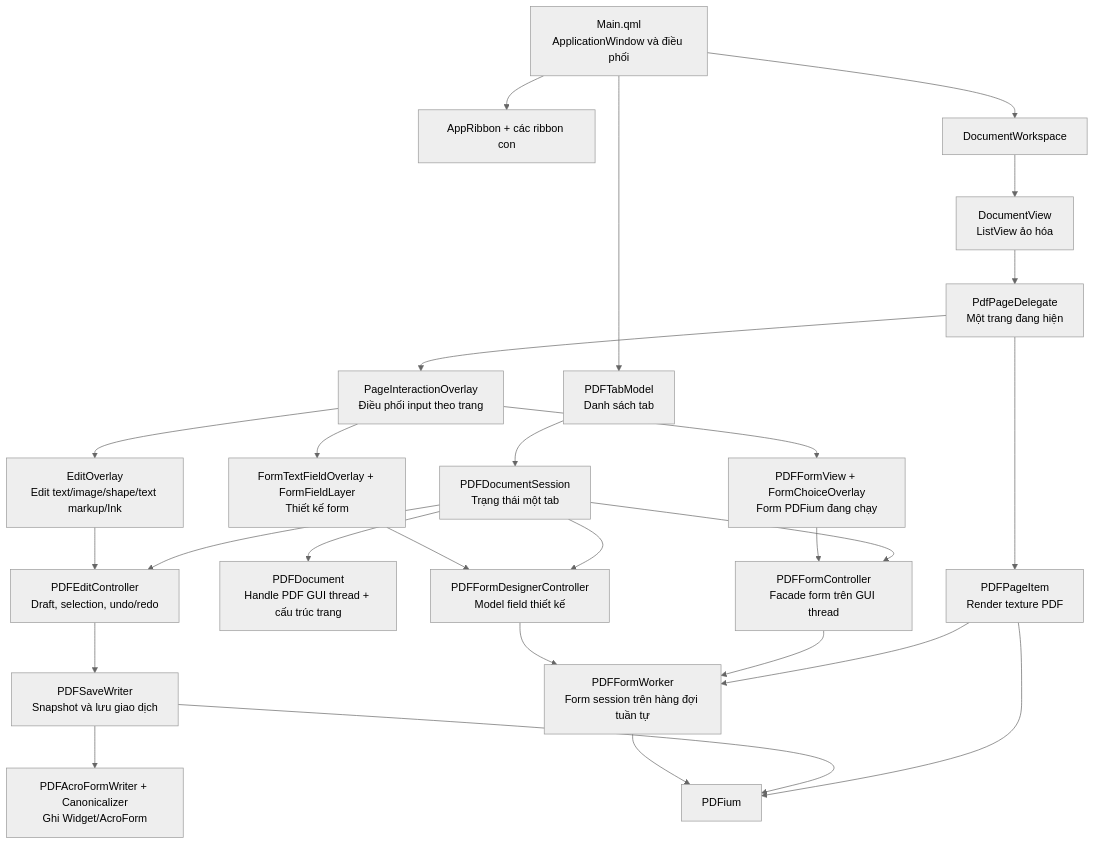
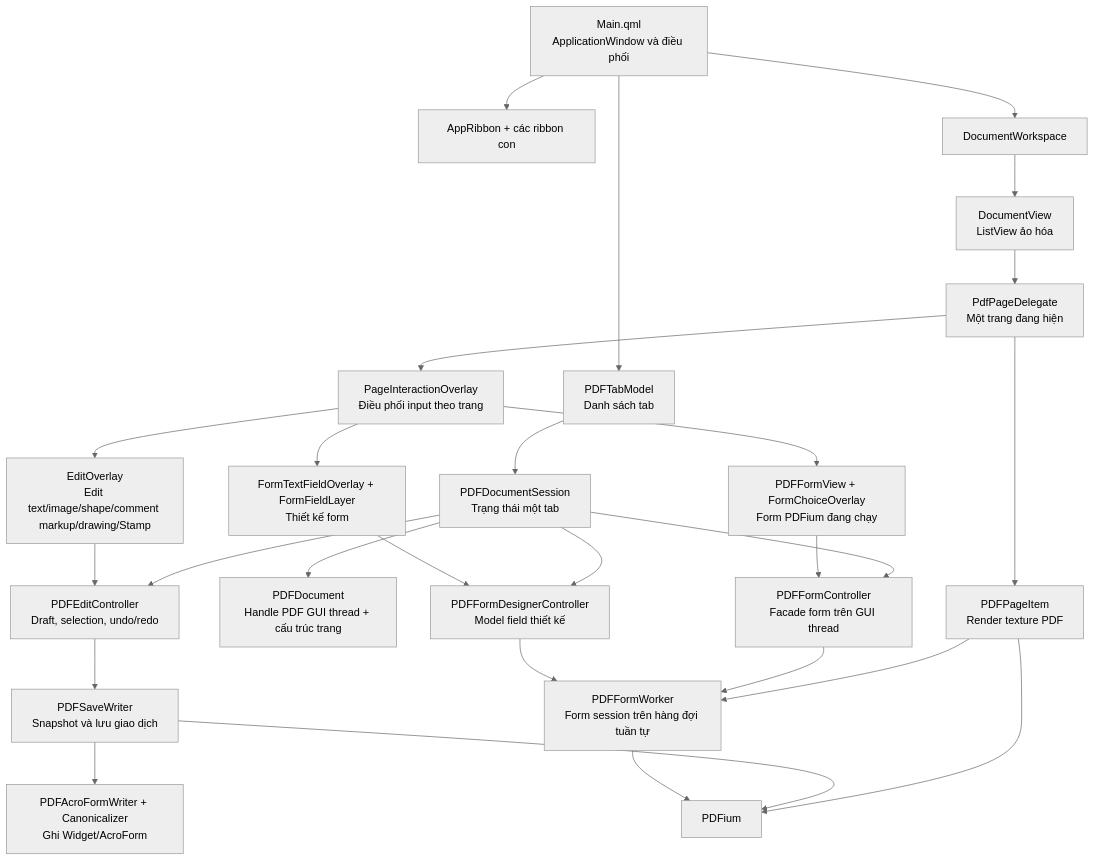
One commit to RaymondHuy/TrePDF changed the diagram in docs/source-file-map.md. Above: the diagram before and after it, drawn with Mermaid (neutral theme). The commit also changed other lines of this file and 11 other files, not shown here.

````diff
--- a/docs/source-file-map.md
+++ b/docs/source-file-map.md
@@ -25,50 +25,50 @@
 ```mermaid
 flowchart TD
     Main["Main.qml\nApplicationWindow và điều phối"]
     Ribbon["AppRibbon + các ribbon con"]
     Tabs["PDFTabModel\nDanh sách tab"]
     Session["PDFDocumentSession\nTrạng thái một tab"]
     Workspace["DocumentWorkspace"]
     View["DocumentView\nListView ảo hóa"]
     Delegate["PdfPageDelegate\nMột trang đang hiện"]
     PageItem["PDFPageItem\nRender texture PDF"]
     Interaction["PageInteractionOverlay\nĐiều phối input theo trang"]
-    EditOverlay["EditOverlay\nEdit text/image/shape/text markup/Ink"]
+    EditOverlay["EditOverlay\nEdit text/image/shape/comment markup/drawing/Stamp"]
     FormView["PDFFormView + FormChoiceOverlay\nForm PDFium đang chạy"]
     Designer["FormTextFieldOverlay + FormFieldLayer\nThiết kế form"]
     Document["PDFDocument\nHandle PDF GUI thread + cấu trúc trang"]
     Edit["PDFEditController\nDraft, selection, undo/redo"]
     Form["PDFFormController\nFacade form trên GUI thread"]
     FormDesigner["PDFFormDesignerController\nModel field thiết kế"]
     Worker["PDFFormWorker\nForm session trên hàng đợi tuần tự"]
     Save["PDFSaveWriter\nSnapshot và lưu giao dịch"]
     Acro["PDFAcroFormWriter + Canonicalizer\nGhi Widget/AcroForm"]
     Pdfium["PDFium"]
 
     Main --> Ribbon
     Main --> Tabs
     Tabs --> Session
     Main --> Workspace
     Workspace --> View
     View --> Delegate
     Delegate --> PageItem
     Delegate --> Interaction
     Interaction --> EditOverlay
     Interaction --> FormView
     Interaction --> Designer
     Session --> Document
     Session --> Edit
     Session --> Form
     Session --> FormDesigner
     PageItem --> Worker
     PageItem --> Pdfium
     EditOverlay --> Edit
     FormView --> Form
     Form --> Worker
     Designer --> FormDesigner
     FormDesigner --> Worker
     Edit --> Save
     Save --> Acro
     Save --> Pdfium
     Worker --> Pdfium
 ```
````
